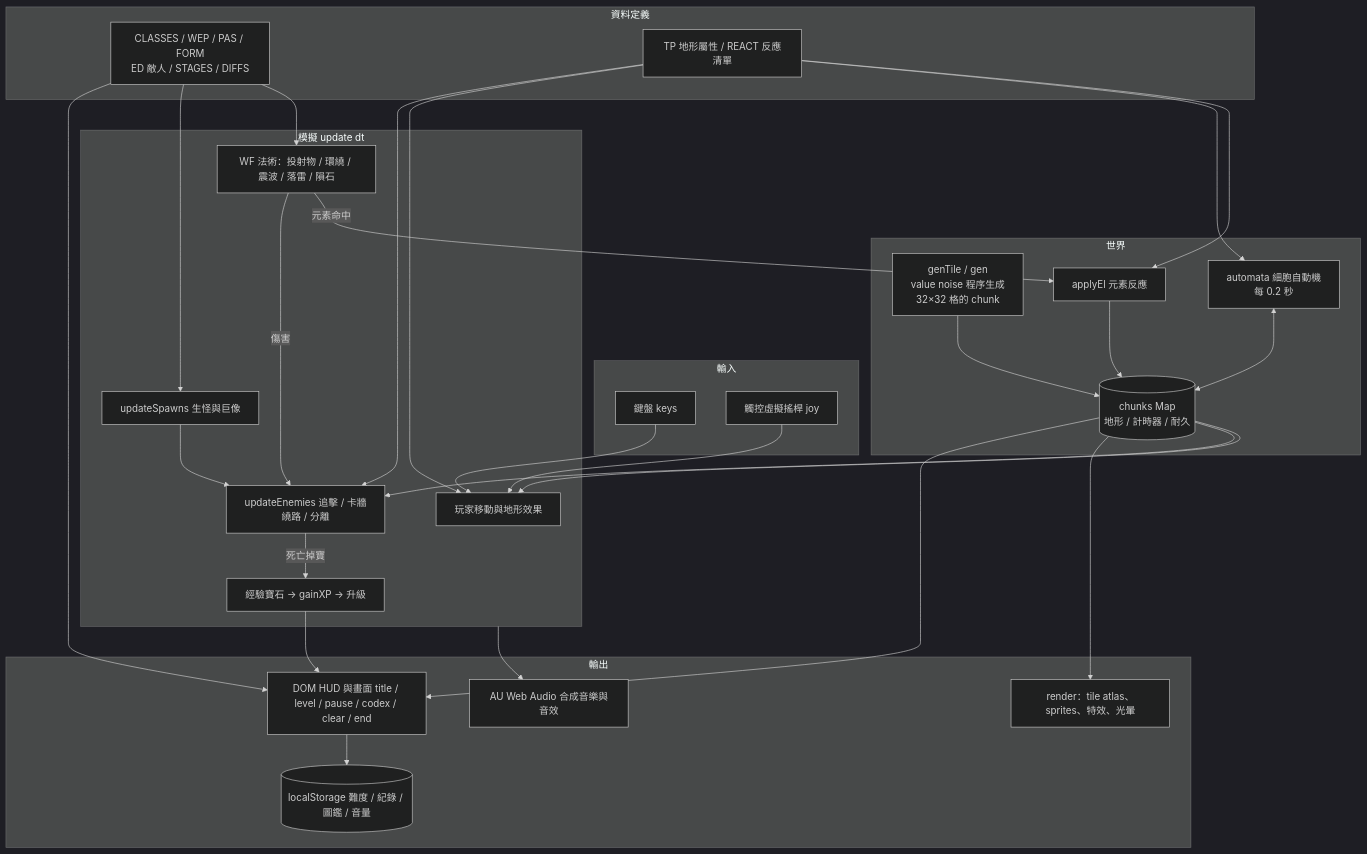
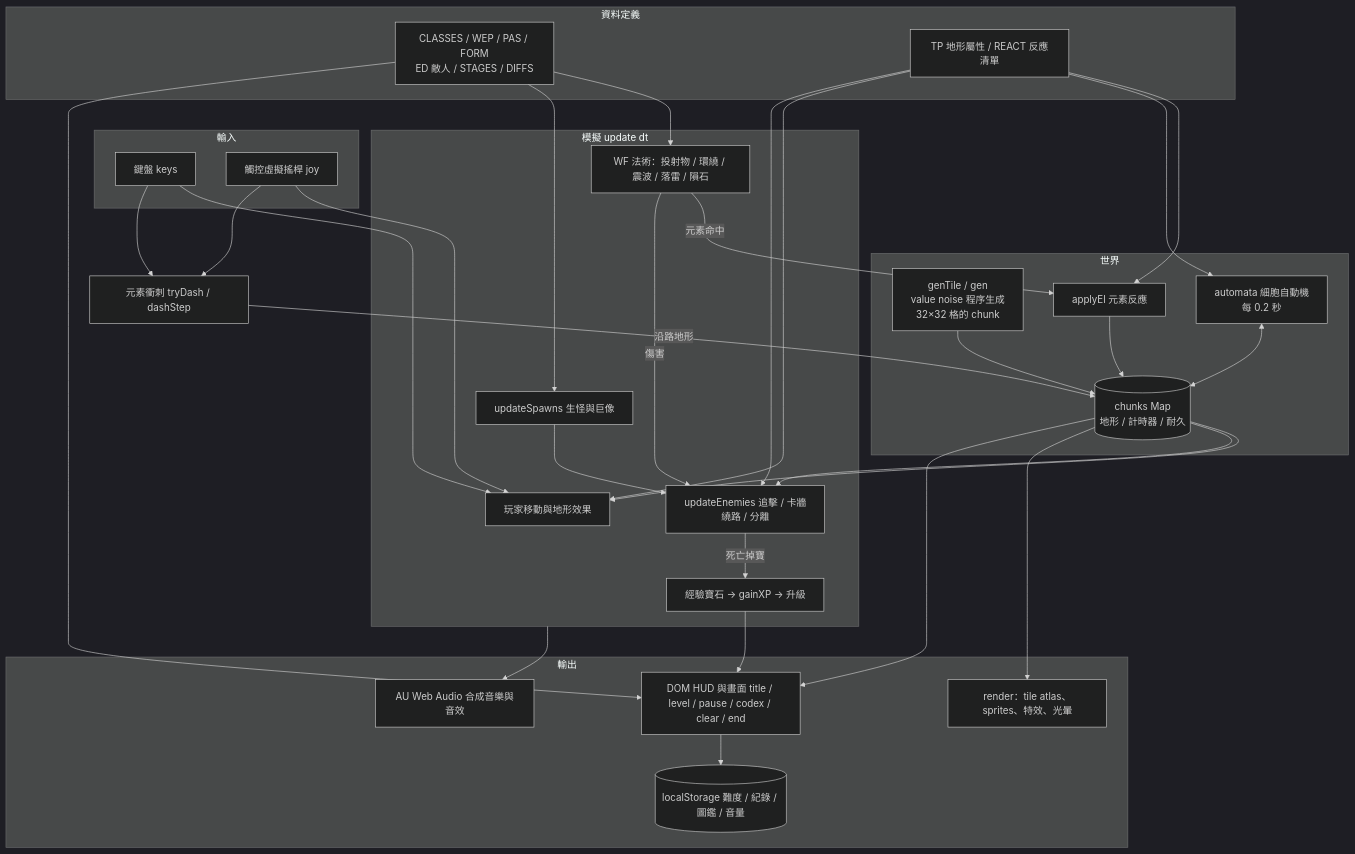
Before and after one commit to Lee-unhn/The-Waste-Land: the third of 4 diagrams in README.md, drawn with Mermaid (dark theme). The commit also changed other lines of this file and 12 other files, not shown here.

````diff
--- a/README.md
+++ b/README.md
@@ -192,50 +219,52 @@
 ```mermaid
 flowchart TB
   subgraph Input[輸入]
     KB[鍵盤 keys]
     JOY[觸控虛擬搖桿 joy]
   end
 
   subgraph Data[資料定義]
     DEF[CLASSES / WEP / PAS / FORM<br>ED 敵人 / STAGES / DIFFS]
     TPD[TP 地形屬性 / REACT 反應清單]
   end
 
   subgraph World[世界]
     GEN[genTile / gen<br>value noise 程序生成<br>32×32 格的 chunk]
     CH[(chunks Map<br>地形 / 計時器 / 耐久)]
     EL[applyEl 元素反應]
     CA[automata 細胞自動機<br>每 0.2 秒]
   end
 
   subgraph Sim[模擬 update dt]
     PL[玩家移動與地形效果]
     WF[WF 法術：投射物 / 環繞 / 震波 / 落雷 / 隕石]
     SP[updateSpawns 生怪與巨像]
     EN[updateEnemies 追擊 / 卡牆繞路 / 分離]
     XP[經驗寶石 → gainXP → 升級]
   end
 
   subgraph Out[輸出]
     RD[render：tile atlas、sprites、特效、光暈]
     HUD[DOM HUD 與畫面 title / level / pause / codex / clear / end]
     AU[AU Web Audio 合成音樂與音效]
     LS[(localStorage 難度 / 紀錄 / 圖鑑 / 音量)]
   end
 
   KB & JOY --> PL
+  KB & JOY --> DASH[元素衝刺 tryDash / dashStep]
+  DASH -- 沿路地形 --> CH
   DEF --> WF & SP & HUD
   TPD --> EL & CA & PL & EN
   GEN --> CH
   WF -- 元素命中 --> EL
   EL --> CH
   CA <--> CH
   CH --> PL & EN & RD
   SP --> EN
   WF -- 傷害 --> EN
   EN -- 死亡掉寶 --> XP
   XP --> HUD
   Sim --> AU
   CH --> HUD
   HUD --> LS
 ```
````
